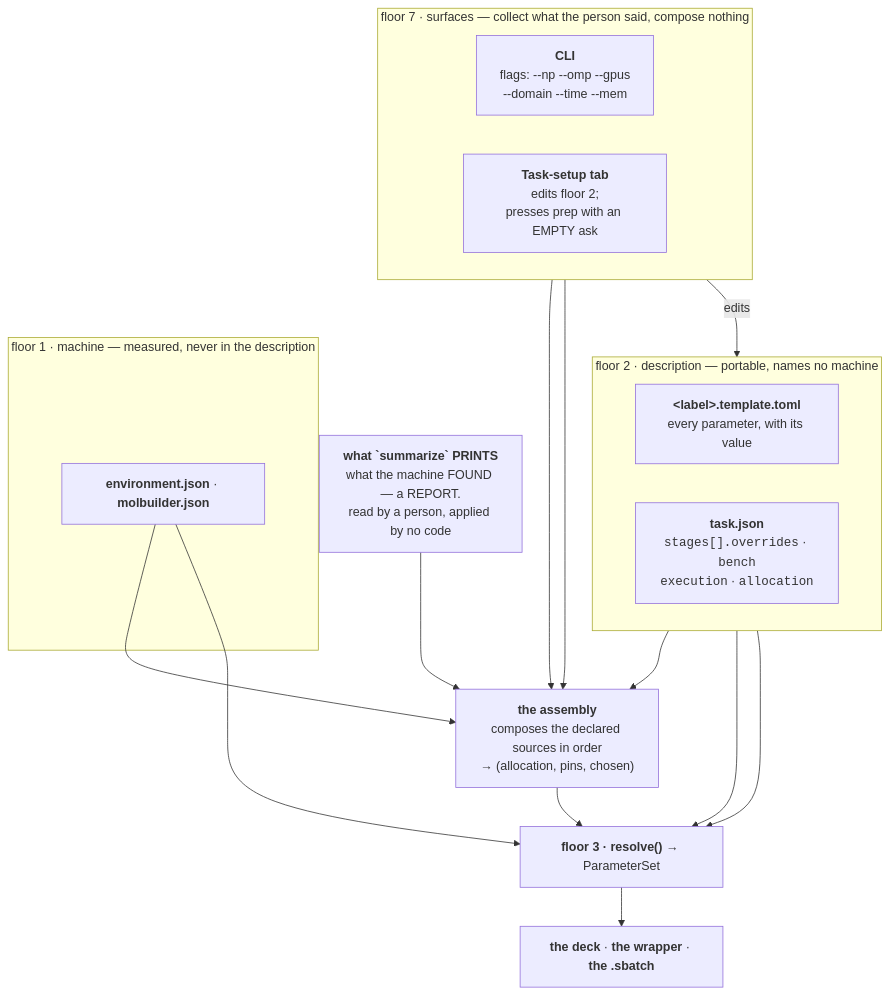
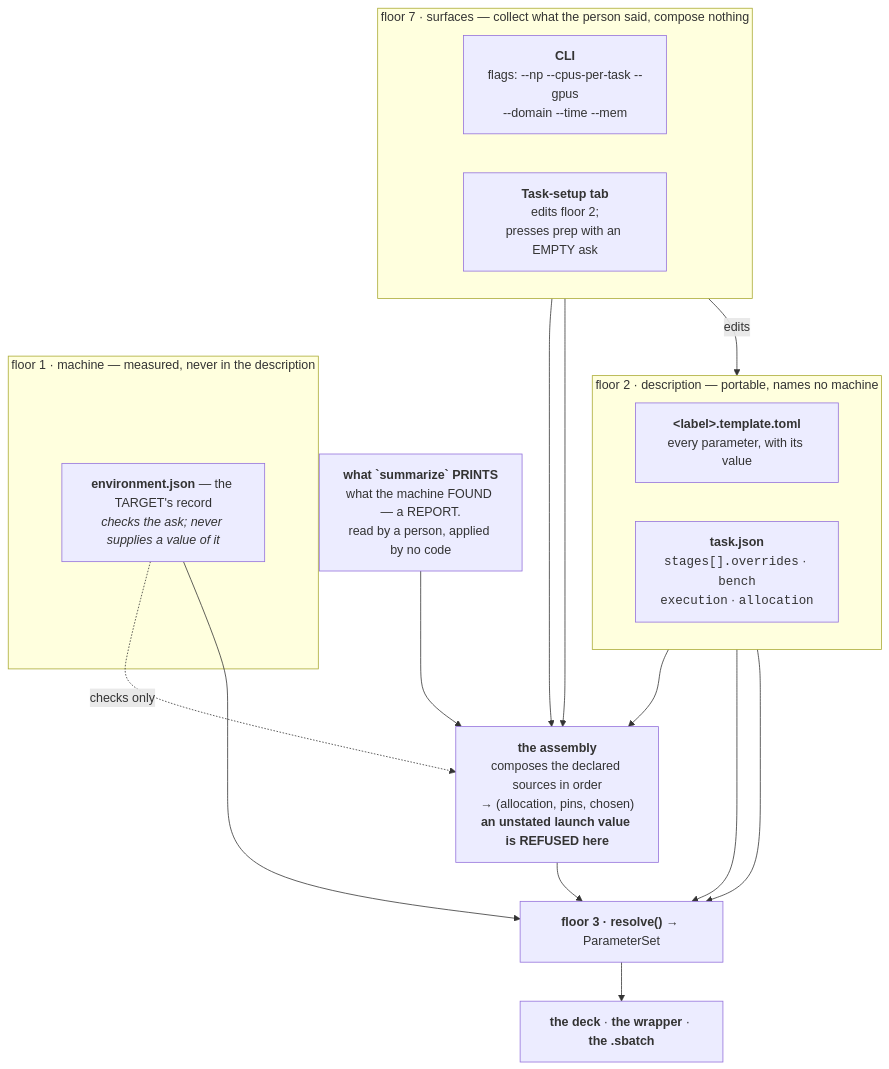
Before and after one commit to Qing-LAB/molbuilder: the fifth of 11 diagrams in docs/execution/architecture.md, drawn with Mermaid. The commit also changed other lines of this file and 118 other files, not shown here.

````diff
--- a/docs/execution/architecture.md
+++ b/docs/execution/architecture.md
@@ -537,31 +538,31 @@
 ```mermaid
 flowchart TB
     subgraph SURF["floor 7 · surfaces — collect what the person said, compose nothing"]
         direction LR
-        CLI["<b>CLI</b><br/>flags: --np --omp --gpus<br/>--domain --time --mem"]
+        CLI["<b>CLI</b><br/>flags: --np --cpus-per-task --gpus<br/>--domain --time --mem"]
         WEB["<b>Task-setup tab</b><br/>edits floor 2;<br/>presses prep with an EMPTY ask"]
     end
     subgraph DESC["floor 2 · description — portable, names no machine"]
         direction LR
         TMPL["<b>&lt;label&gt;.template.toml</b><br/>every parameter, with its value"]
         TASK["<b>task.json</b><br/><code>stages[].overrides</code> · <code>bench</code><br/><code>execution</code> · <code>allocation</code>"]
     end
     subgraph MACH["floor 1 · machine — measured, never in the description"]
-        ENV["<b>environment.json</b> · <b>molbuilder.json</b>"]
+        ENV["<b>environment.json</b> — the TARGET's record<br/><i>checks the ask; never supplies a value of it</i>"]
     end
     VERD["<b>what `summarize` PRINTS</b><br/>what the machine FOUND — a REPORT.<br/>read by a person, applied by no code"]
-    ASM["<b>the assembly</b><br/>composes the declared sources in order<br/>→ (allocation, pins, chosen)"]
+    ASM["<b>the assembly</b><br/>composes the declared sources in order<br/>→ (allocation, pins, chosen)<br/><b>an unstated launch value is REFUSED here</b>"]
     RES["<b>floor 3 · resolve()</b> → ParameterSet"]
     OUT["<b>the deck</b> · <b>the wrapper</b> · <b>the .sbatch</b>"]
     WEB -->|edits| TASK
     CLI --> ASM
     WEB --> ASM
     TASK --> ASM
     VERD --> ASM
-    ENV --> ASM
+    ENV -.->|"checks only"| ASM
     ASM --> RES
     TMPL --> RES
     TASK --> RES
     ENV --> RES
     RES --> OUT
 ```
````
